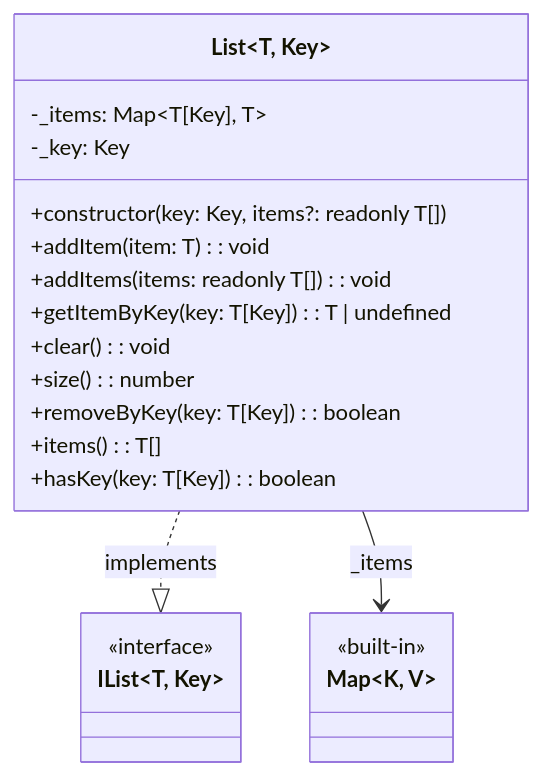
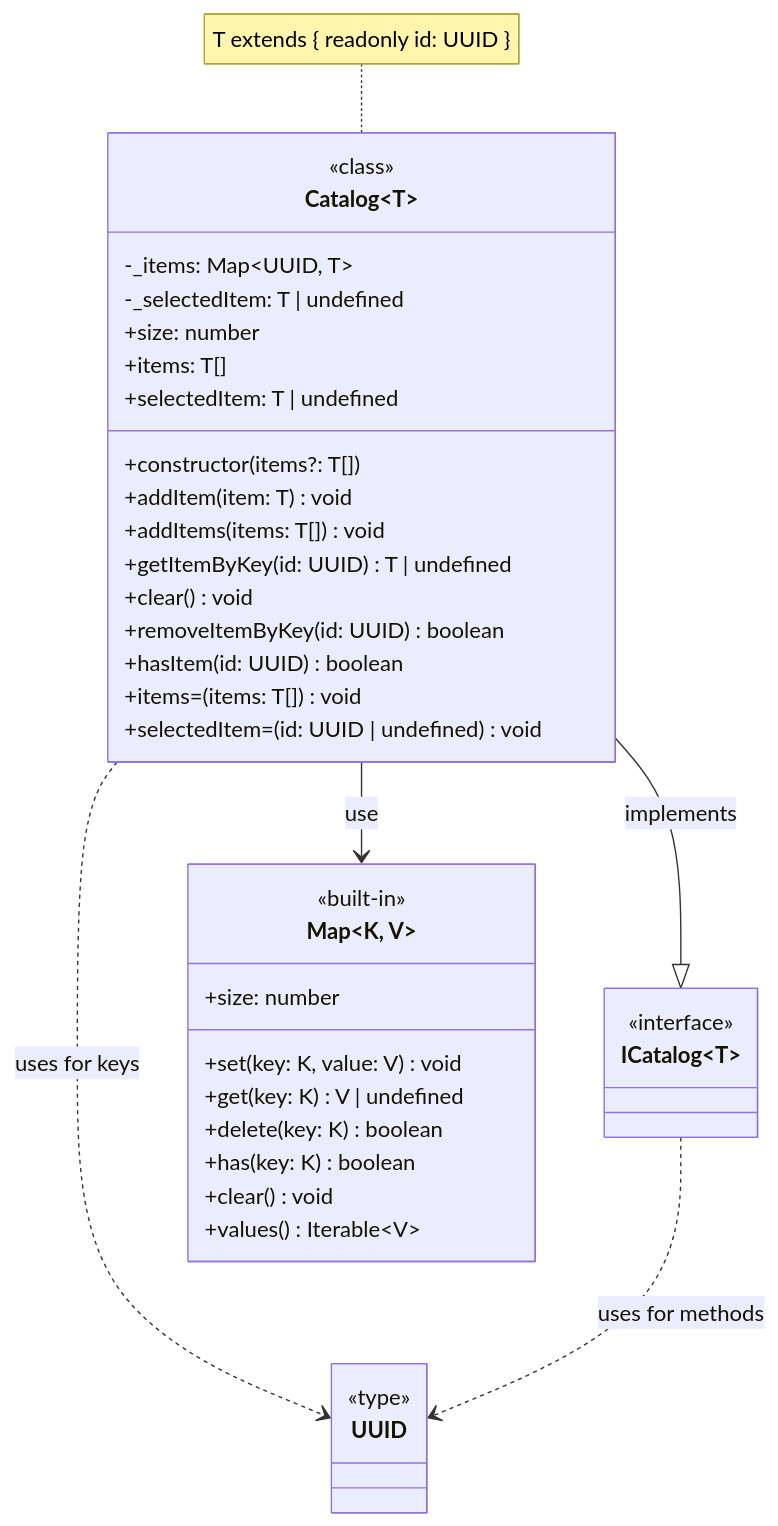
Diagram 11 of 15 in README.md (vvk2020/weblarek), drawn with Mermaid before and after one commit. The commit also changed other lines of this file and 5 other files, not shown here.

````diff
--- a/README.md
+++ b/README.md
@@ -656,28 +607,46 @@
 ```mermaid
 classDiagram
-    class List~T, Key~ {
-        -_items: Map~T[Key], T~
-        -_key: Key
-        +constructor(key: Key, items?: readonly T[])
-        +addItem(item: T): void
-        +addItems(items: readonly T[]): void
-        +getItemByKey(key: T[Key]): T | undefined
-        +clear(): void
-        +size(): number
-        +removeByKey(key: T[Key]): boolean
-        +items(): T[]
-        +hasKey(key: T[Key]): boolean
-
+    class Catalog~T~ {
+        <<class>>
+        -_items: Map~UUID, T~
+        -_selectedItem: T | undefined
+        +constructor(items?: T[])
+        +addItem(item: T) void
+        +addItems(items: T[]) void
+        +getItemByKey(id: UUID) T | undefined
+        +clear() void
+        +removeItemByKey(id: UUID) boolean
+        +hasItem(id: UUID) boolean
+        +size: number
+        +items: T[]
+        +items=(items: T[]) void
+        +selectedItem: T | undefined
+        +selectedItem=(id: UUID | undefined) void
     }
 
-    class IList~T, Key~ {
+    class ICatalog~T~ {
         <<interface>>
+    }
+
+    class UUID {
+        <<type>>
     }
 
     class Map~K, V~ {
         <<built-in>>
+        +set(key: K, value: V) void
+        +get(key: K) V | undefined
+        +delete(key: K) boolean
+        +has(key: K) boolean
+        +clear() void
+        +size: number
+        +values() Iterable~V~
     }
 
-    List~T, Key~ ..|> IList~T, Key~ : implements
-    List~T, Key~ --> Map~T[Key], T~ : _items
+    note for Catalog "T extends { readonly id: UUID }"
+
+    Catalog --|> ICatalog : implements
+    Catalog --> Map~UUID, T~ : use
+    Catalog ..> UUID : uses for keys
+    ICatalog ..> UUID : uses for methods
 ```
````
